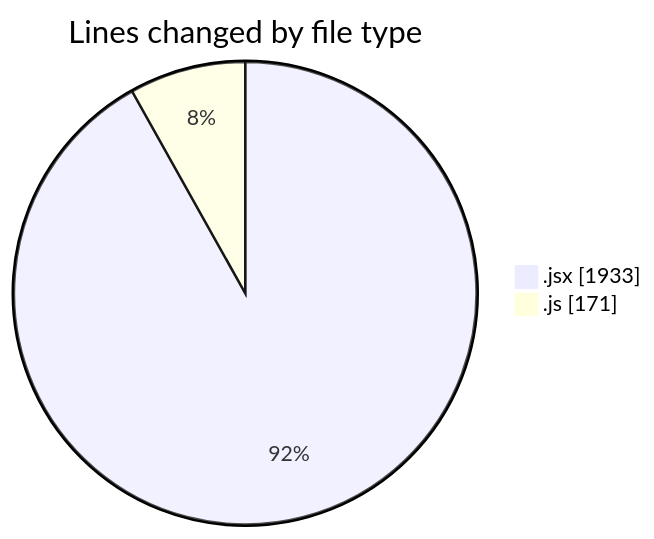
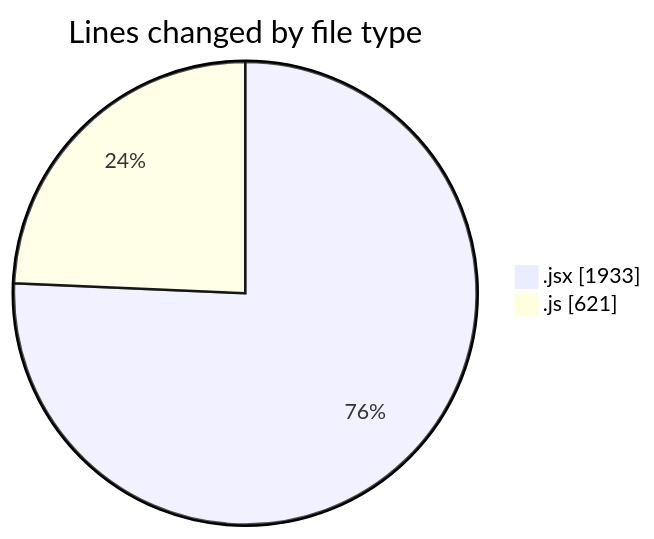
The first of 2 diagrams in 2025-11-13/argos/README.md (nxtqubesakshisongat/code-tracking), drawn with Mermaid before and after one commit. The commit also changed other lines of this file and 1 other file, not shown here.

````diff
--- a/2025-11-13/argos/README.md
+++ b/2025-11-13/argos/README.md
@@ -25,6 +26,6 @@
 ```mermaid
 pie showData
 title Lines changed by file type
 ".jsx" : 1933
-".js" : 171
+".js" : 621
 ```
````
